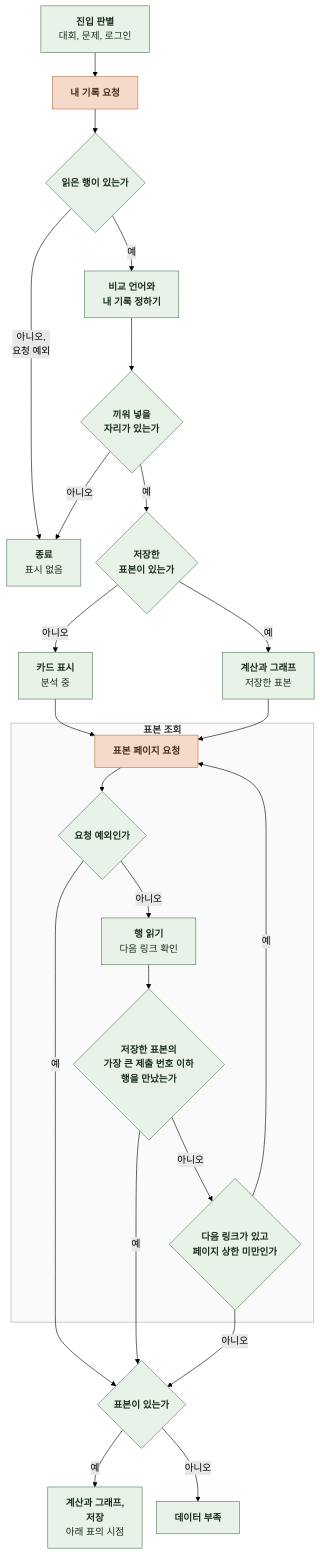
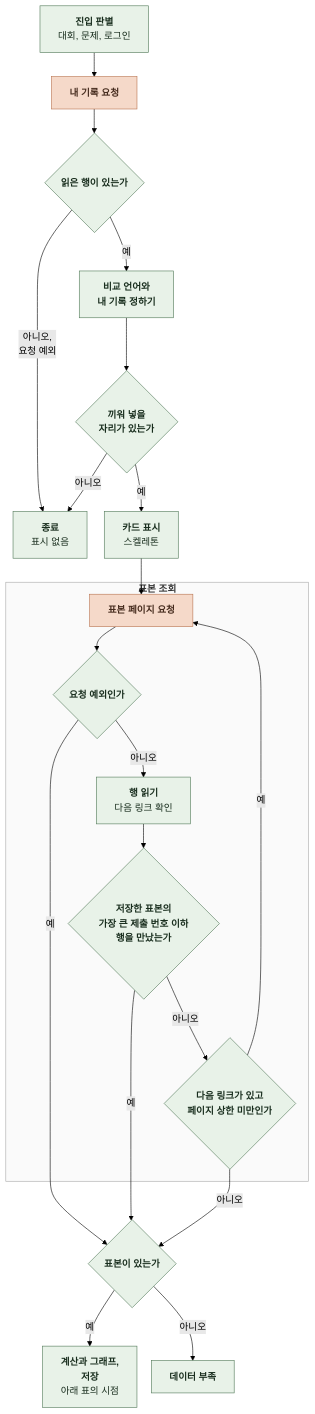
One commit to kangkyunghyun/boj-performance changed the diagram in docs/spec/4-4-EXECUTION.md. Above: the diagram before and after it, drawn with Mermaid (forest theme). The commit also changed other lines of this file and 27 other files, not shown here.

````diff
--- a/docs/spec/4-4-EXECUTION.md
+++ b/docs/spec/4-4-EXECUTION.md
@@ -9,46 +9,41 @@
 ```mermaid
 %%{init: {"flowchart": {"curve": "basis", "nodeSpacing": 24, "rankSpacing": 40}}}%%
 flowchart TD
     A["`**진입 판별**
 대회, 문제, 로그인`"] --> M["`**내 기록 요청**`"]
     M --> MH{"`**읽은 행이 있는가**`"}
     MH -->|"`아니오,
 요청 예외`"| Z["`**종료**
 표시 없음`"]
     MH -->|예| V["`**비교 언어와
 내 기록 정하기**`"]
     V --> I{"`**끼워 넣을
 자리가 있는가**`"}
     I -->|아니오| Z
-    I -->|예| C{"`**저장한
-표본이 있는가**`"}
-    C -->|아니오| K["`**카드 표시**
-분석 중`"]
-    C -->|예| CD["`**계산과 그래프**
-저장한 표본`"]
+    I -->|예| K["`**카드 표시**
+스켈레톤`"]
     K --> S
-    CD --> S
     subgraph LOOP["`**표본 조회**`"]
         S["`**표본 페이지 요청**`"] --> SE{"`**요청 예외인가**`"}
         SE -->|아니오| SR["`**행 읽기**
 다음 링크 확인`"]
         SR --> ST{"`**저장한 표본의
 가장 큰 제출 번호 이하
 행을 만났는가**`"}
         ST -->|아니오| SN{"`**다음 링크가 있고
 페이지 상한 미만인가**`"}
         SN -->|예| S
     end
     SE -->|예| N
     ST -->|예| N
     SN -->|아니오| N{"`**표본이 있는가**`"}
     N -->|예| D["`**계산과 그래프,
 저장**
 아래 표의 시점`"]
     N -->|아니오| F["`**데이터 부족**`"]
     classDef comp fill:#E8F2E8,stroke:#527A59,color:#182D1D
     classDef ext fill:#F5D9C9,stroke:#B97450,color:#452B1D
-    class A,MH,V,I,C,K,CD,SE,SR,ST,SN,N,D,F,Z comp
+    class A,MH,V,I,K,SE,SR,ST,SN,N,D,F,Z comp
     class M,S ext
     style LOOP fill:#FAFAFA,stroke:#AAAAAA
 ```
````
